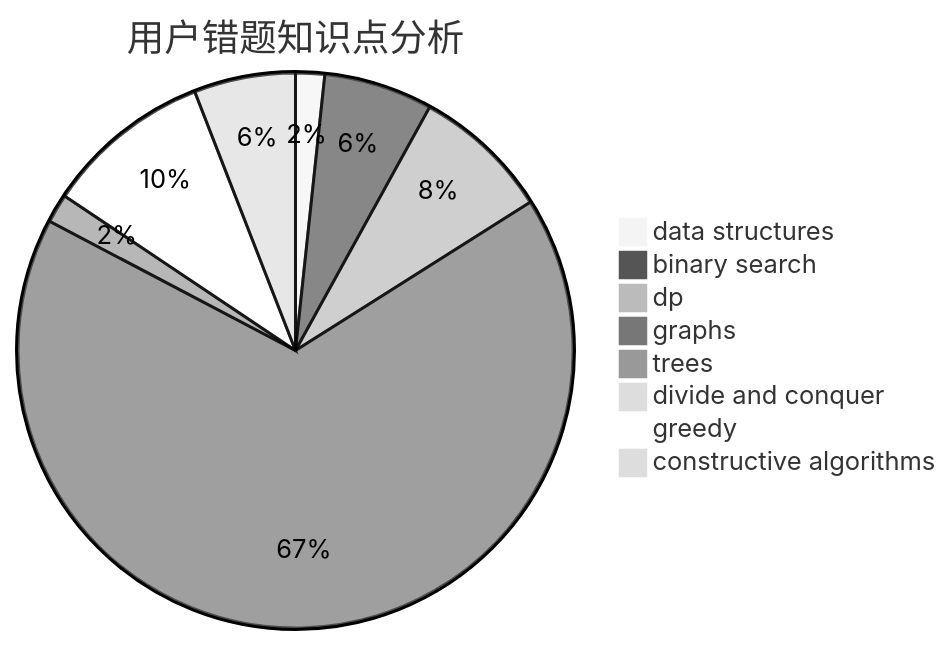
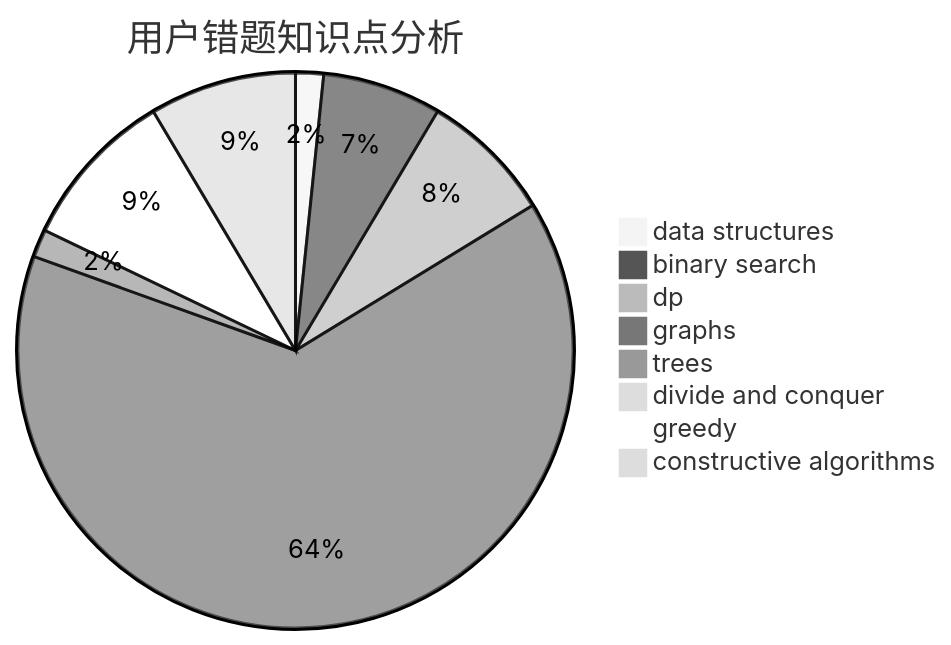
One commit to sherpahu/cfrs.github.io changed the third of 3 diagrams in docs/user/u2392.md. Above: the diagram before and after it, drawn with Mermaid (neutral theme). The commit also changed other lines of this file and 2770 other files, not shown here.

````diff
--- a/docs/user/u2392.md
+++ b/docs/user/u2392.md
@@ -36,11 +36,11 @@
 ```mermaid
 pie title 用户错题知识点分析
     "data structures" :  4
-    "binary search" :  15
+    "binary search" :  17
     "dp" :  19
     "graphs" :  158
     "trees" :  4
     "divide and conquer" :  0
     "greedy" :  23
-    "constructive algorithms" :  14
+    "constructive algorithms" :  21
 ```
````
